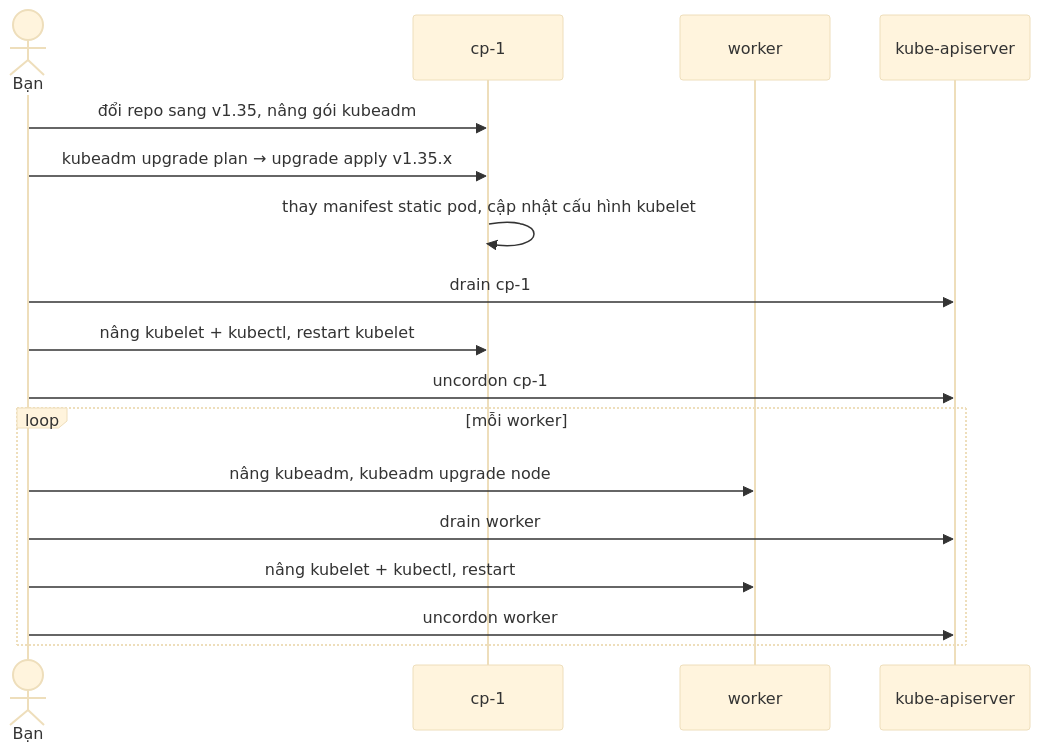
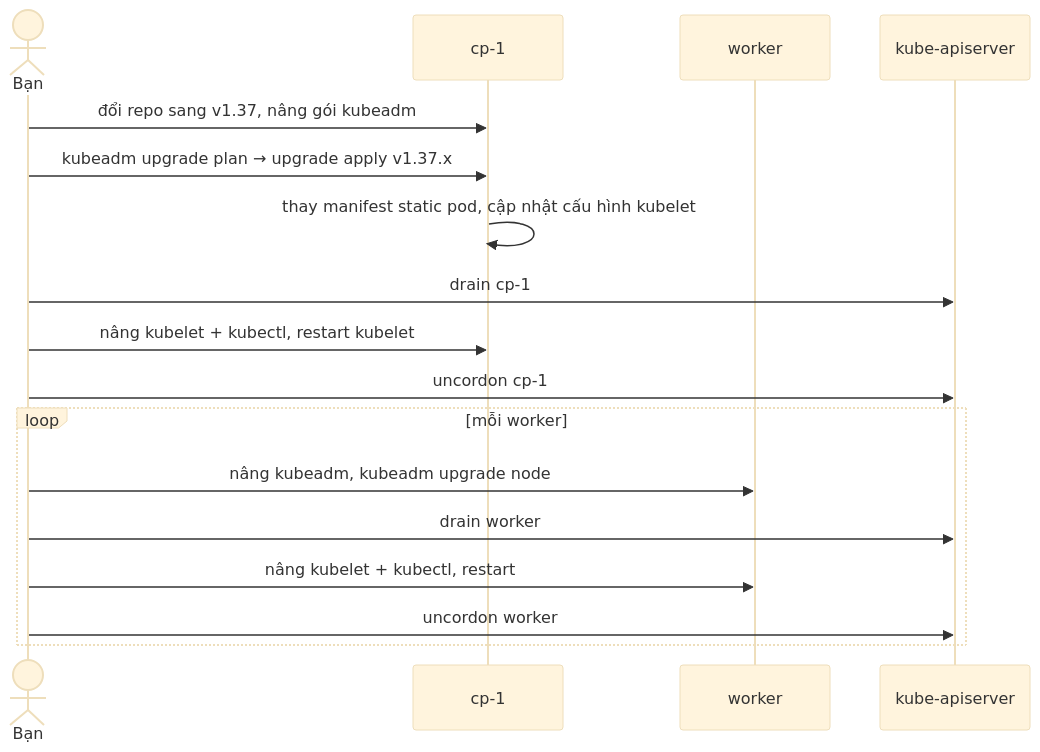
One commit to TomJennyDev/cka-labs changed the second of 2 diagrams in labs/30-kubeadm-upgrade/README.md. Above: the diagram before and after it, drawn with Mermaid (base theme). The commit also changed other lines of this file and 109 other files, not shown here.

````diff
--- a/labs/30-kubeadm-upgrade/README.md
+++ b/labs/30-kubeadm-upgrade/README.md
@@ -49,19 +49,19 @@
 ```mermaid
 sequenceDiagram
   actor U as Bạn
   participant CP as cp-1
   participant W as worker
   participant A as kube-apiserver
-  U->>CP: đổi repo sang v1.35, nâng gói kubeadm
-  U->>CP: kubeadm upgrade plan → upgrade apply v1.35.x
+  U->>CP: đổi repo sang v1.37, nâng gói kubeadm
+  U->>CP: kubeadm upgrade plan → upgrade apply v1.37.x
   CP->>CP: thay manifest static pod, cập nhật cấu hình kubelet
   U->>A: drain cp-1
   U->>CP: nâng kubelet + kubectl, restart kubelet
   U->>A: uncordon cp-1
   loop mỗi worker
     U->>W: nâng kubeadm, kubeadm upgrade node
     U->>A: drain worker
     U->>W: nâng kubelet + kubectl, restart
     U->>A: uncordon worker
   end
 ```
````
